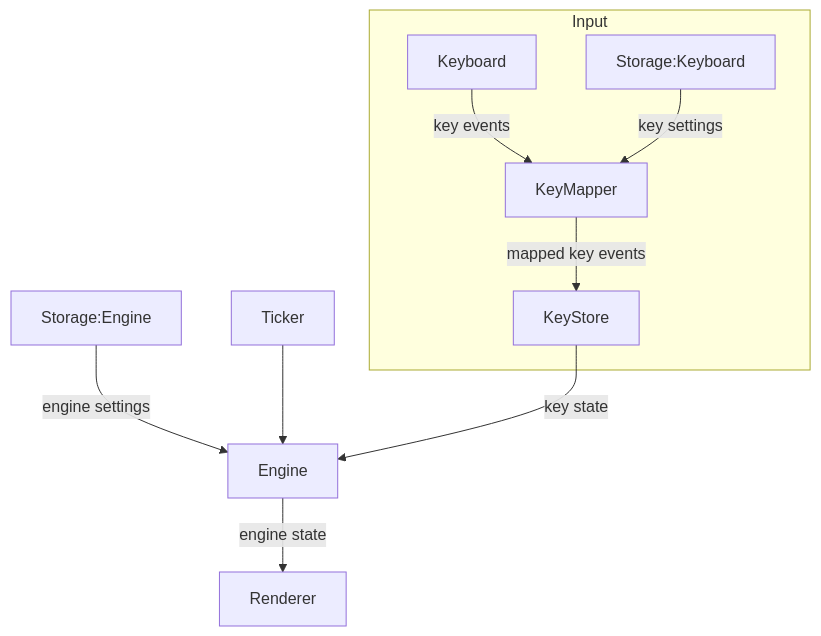
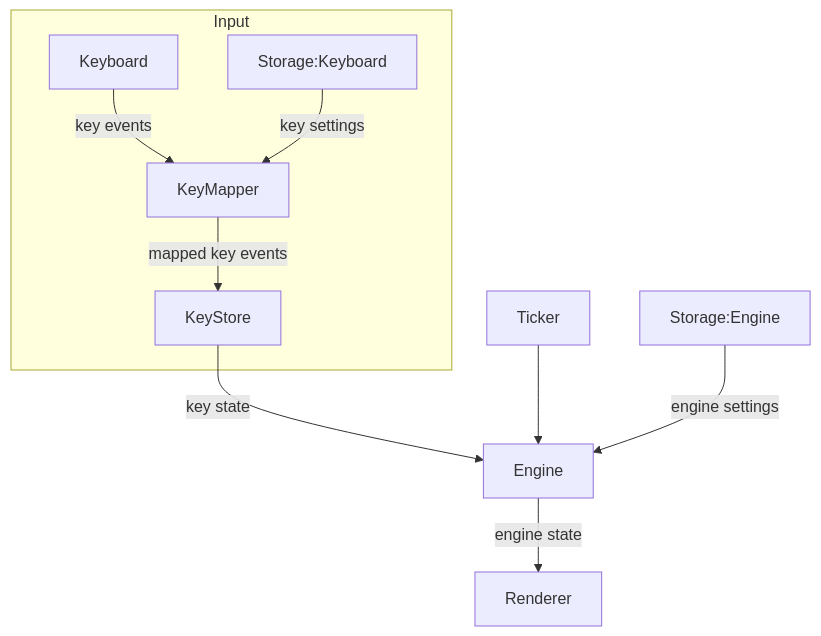
One commit to intris/design changed the diagram in game.mmd. Above: the diagram before and after it, drawn with Mermaid. The commit also changed other lines of this file and 1 other file, not shown here.

```diff
--- a/game.mmd
+++ b/game.mmd
@@ -1,10 +1,10 @@
 graph TD
   subgraph Input
     Keyboard -- key events --> KeyMapper
     Storage:Keyboard -- key settings --> KeyMapper
     KeyMapper -- mapped key events --> KeyStore
   end
+  KeyStore -- key state --> Engine
+  Ticker --> Engine
   Storage:Engine -- engine settings --> Engine
-  Ticker --> Engine
-  KeyStore -- key state --> Engine
   Engine -- engine state --> Renderer
```
